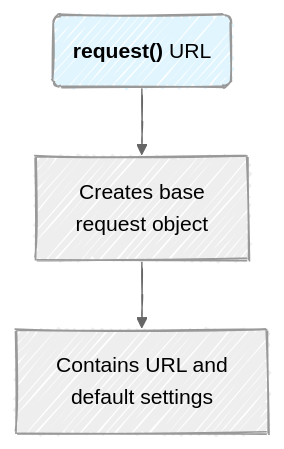
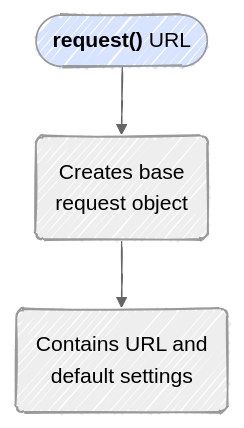
Before and after one commit to mjfrigaard/do4ds-labs: the first of 10 diagrams in r-app-api.qmd, drawn with Mermaid. The commit also changed other lines of this file and 18 other files, not shown here.

````diff
--- a/r-app-api.qmd
+++ b/r-app-api.qmd
@@ -277,12 +276,12 @@
 ```{mermaid}
 %%| fig-width: 6.5
 %%| fig-align: center
 %%{init: {'theme': 'neutral', 'look': 'handDrawn', 'themeVariables': { 'fontFamily': 'monospace'}}}%%
 
 graph TD
-	A("<strong>request()</strong> URL") --> B["Creates base<br>request object"]
-	B --> C["Contains URL and<br>default settings"]
+	A(["<strong>request()</strong> URL"]) --> B("Creates base<br>request object")
+	B --> C("Contains URL and<br>default settings")
 
-style A fill:#e1f5fe
+style A fill:#d8e4ff
 
 ```
````
